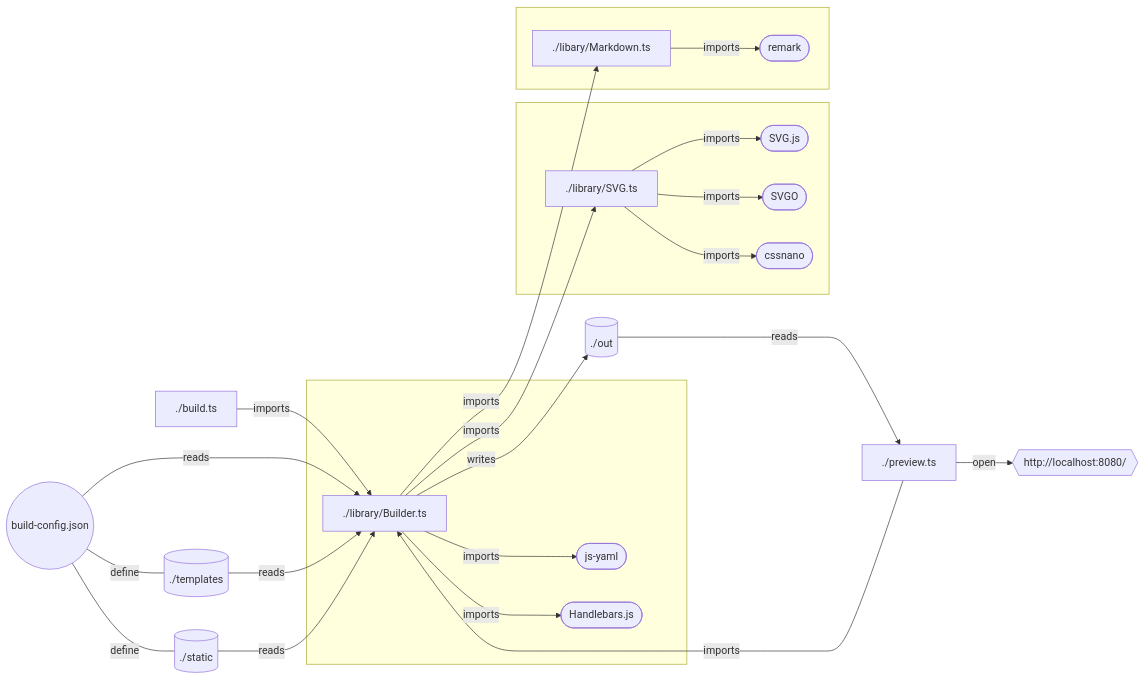
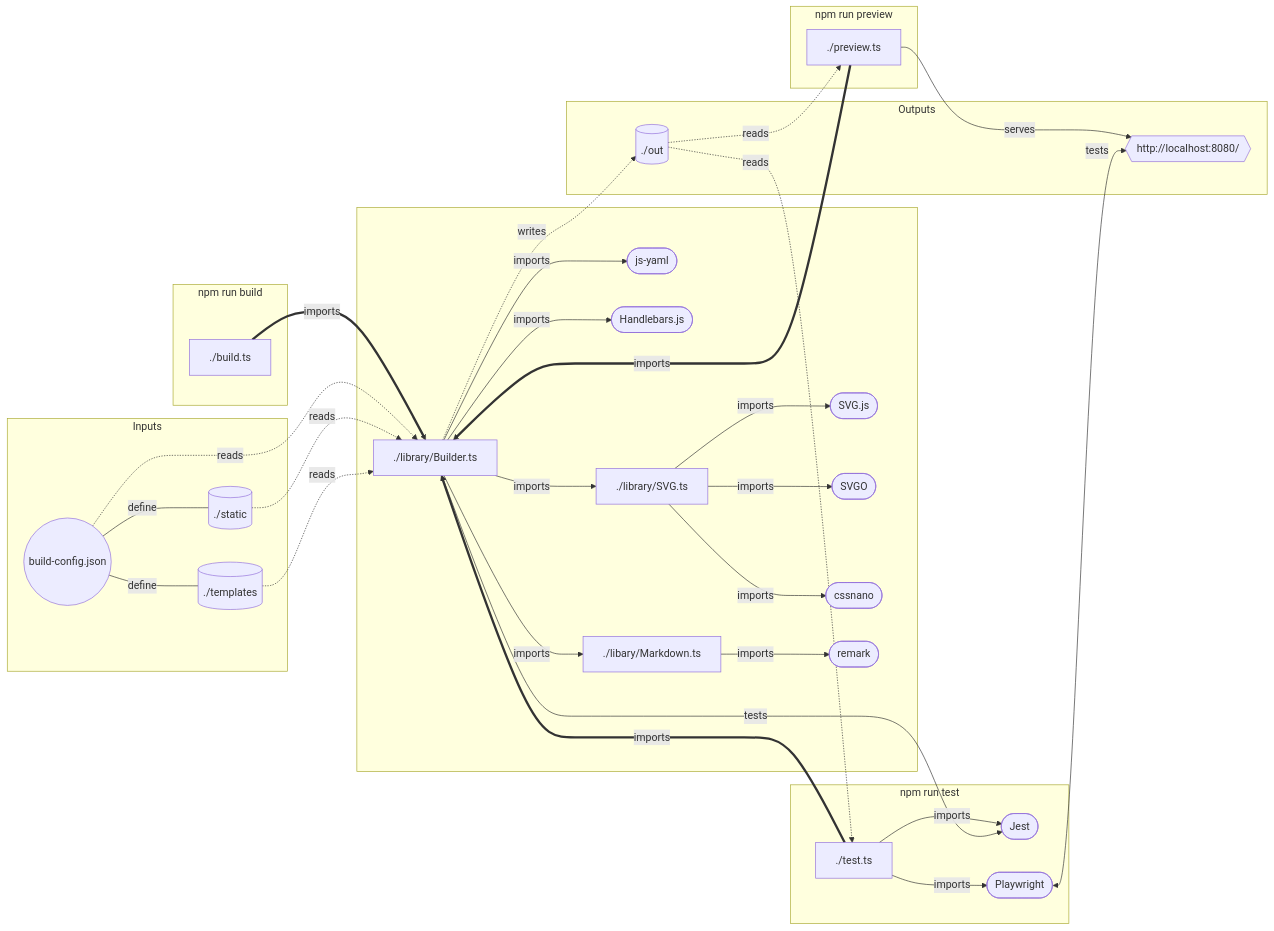
One commit to dylanlangston/dylanlangston changed the diagram in src/ReadMe.md. Above: the diagram before and after it, drawn with Mermaid. The commit also changed other lines of this file, not shown here.

Commit message:
Cleanup mermaid graph and add jest and playwright to readme

````diff
--- a/src/ReadMe.md
+++ b/src/ReadMe.md
@@ -131,42 +131,69 @@
 ```mermaid
 graph LR;
-    A[./build.ts]
-    T[./preview.ts]
-    
-    A -->|imports| B[./library/Builder.ts]
-
-    S{{"http://localhost:8080/"}}
-    T -->|open| S
-    J --->|reads| T
-
-    G((build-config.json))
-    G -->|reads| B
-
-    G ---|define| I
-    G ---|define| H
-
-    B -->|imports| D[./library/SVG.ts]
-    subgraph " "
-        D -->|imports| N([SVG.js])
-        D -->|imports| P([SVGO])
-        D -->|imports| O([cssnano])
+    subgraph "input" [Inputs]
+      G((build-config.json))
+      I[("`./templates`")]
+      H[("`./static`")]
     end
 
-    B -->|imports| E[./libary/Markdown.ts]
-    subgraph " "
-        E -->|imports| M([remark])
+    subgraph "build" [npm run build]
+      A[./build.ts]
+    end
+    subgraph "preview" [npm run preview]
+      T[./preview.ts]
+    end
+    subgraph "test" [npm run test]
+      Q[./test.ts]
+      R([Jest])
+      U([Playwright])
     end
 
+    subgraph "logic" [ ]
+      B[./library/Builder.ts]
+      K([js-yaml])
+      L([Handlebars.js])
+      D[./library/SVG.ts]
+      N([SVG.js])
+      P([SVGO])
+      O([cssnano])
+      E[./libary/Markdown.ts]
+      M([remark])
+    end
 
-    subgraph " "
-        B -->|imports| K([js-yaml])
-        B -->|imports| L([Handlebars.js])
+    subgraph "out" [Outputs]
+      S{{"http://localhost:8080/"}}
+      J[("`./out`")]
     end
-        
-    T -->|imports| B
 
-    I[("`./templates`")] -->|reads| B
-    H[("`./static`")] -->|reads| B
+    build ~~~ logic
+    preview ~~~ logic
+    test ~~~ logic
 
-    B -->|writes| J[("`./out`")]
+    input ~~~ logic
+    logic ~~~ out
+
+    A ==>|imports| B
+    B -->|imports| D
+    B -->|imports| E
+    B -.->|writes| J
+    B -->|imports| K
+    B -->|imports| L
+    D -->|imports| N
+    D -->|imports| O
+    D -->|imports| P
+    E -->|imports| M
+    G -.->|reads| B
+    G ---|define| H
+    G ---|define| I
+    H -.->|reads| B
+    I -.->|reads| B
+    J -.->|reads| T
+    J -.->|reads| Q
+    R <-->|tests| B
+    T ==>|imports| B
+    T -->|serves| S
+    U <-->|tests| S
+    Q ==>|imports| B
+    Q -->|imports| R
+    Q -->|imports| U
 ```
````
